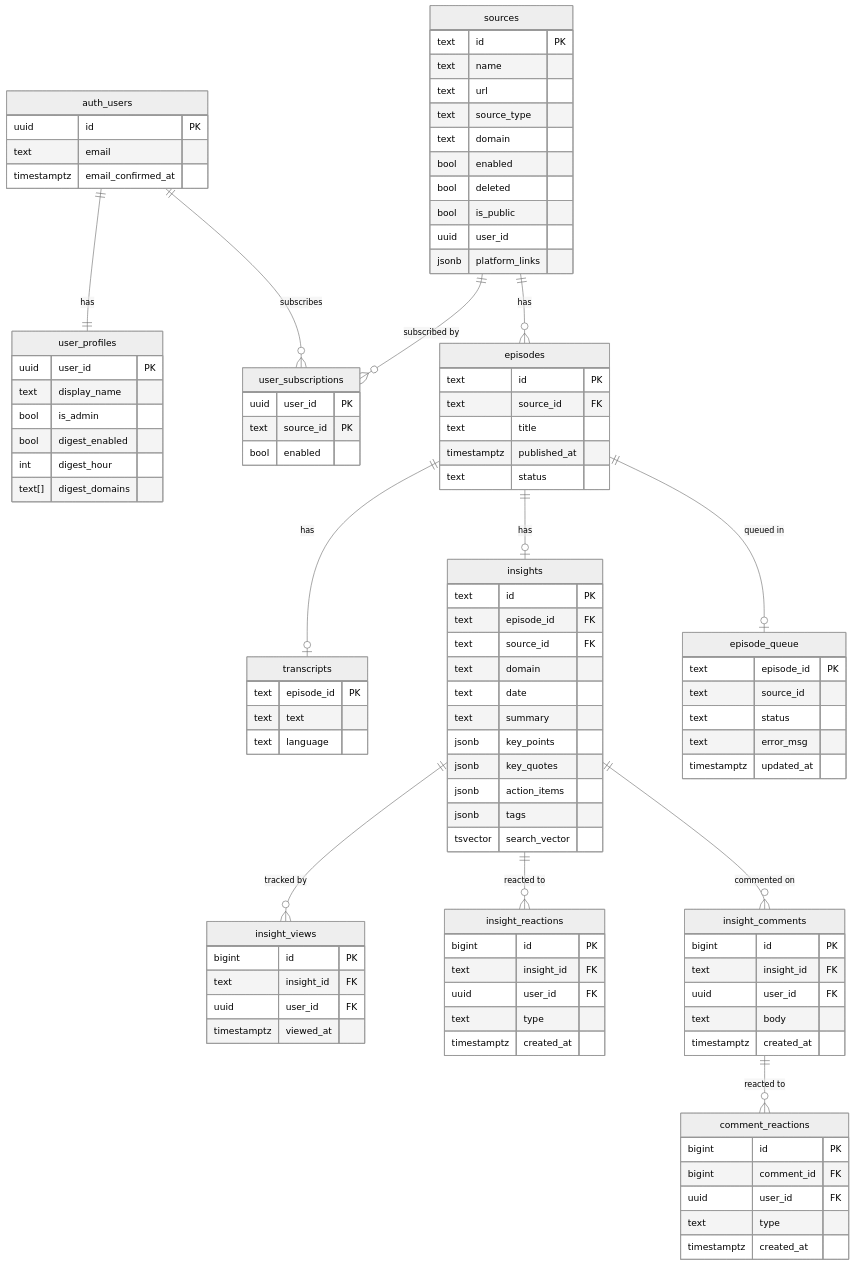
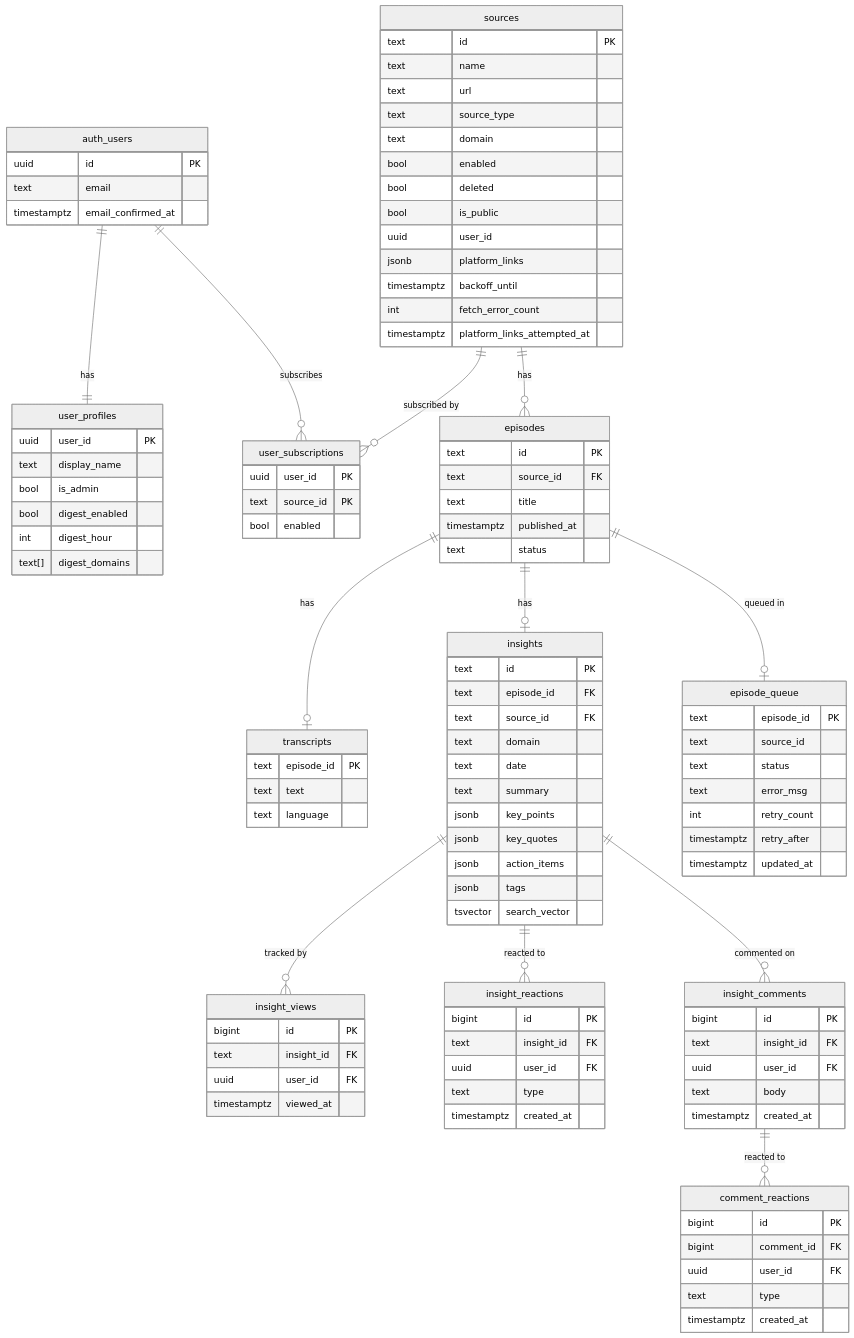
Before and after one commit to vtghub/PodcastsSummarizer: the second of 2 diagrams in docs/architecture.md, drawn with Mermaid (neutral theme). The commit also changed 2 other files, not shown here.

Commit message:
docs: update architecture and workflow diagrams post-PR #146 and #151

```diff
--- a/docs/architecture.md
+++ b/docs/architecture.md
@@ -167,6 +167,9 @@
         bool is_public
         uuid user_id
         jsonb platform_links
+        timestamptz backoff_until
+        int fetch_error_count
+        timestamptz platform_links_attempted_at
     }
     episodes {
         text id PK
@@ -199,6 +202,8 @@
         text source_id
         text status
         text error_msg
+        int retry_count
+        timestamptz retry_after
         timestamptz updated_at
     }
     insight_views {
```
